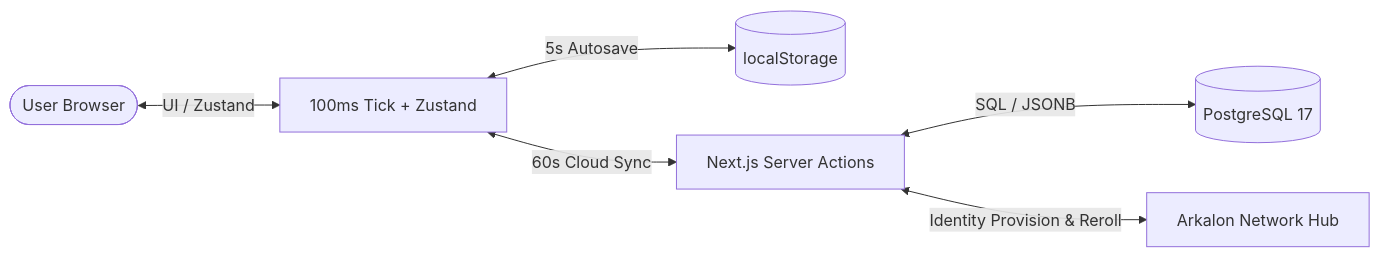
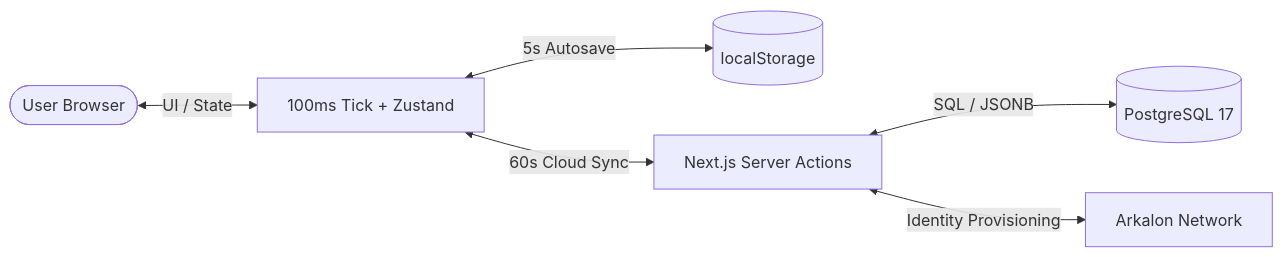
Before and after one commit to AlexDegerman/arkalon-labs: the diagram in README.md, drawn with Mermaid. The commit also changed other lines of this file and 15 other files, not shown here.

````diff
--- a/README.md
+++ b/README.md
@@ -305,15 +125,15 @@
 ```mermaid
 graph LR
     User([User Browser])
     Loop[100ms Tick + Zustand]
     Local[(localStorage)]
     Next[Next.js Server Actions]
     DB[(PostgreSQL 17)]
-    Hub[Arkalon Network Hub]
+    Hub[Arkalon Network]
 
-    User <-->|UI / Zustand| Loop
+    User <-->|UI / State| Loop
     Loop <-->|5s Autosave| Local
     Loop <-->|60s Cloud Sync| Next
     Next <-->|SQL / JSONB| DB
-    Next <-->|Identity Provision & Reroll| Hub
+    Next <-->|Identity Provisioning| Hub
 ```
````
